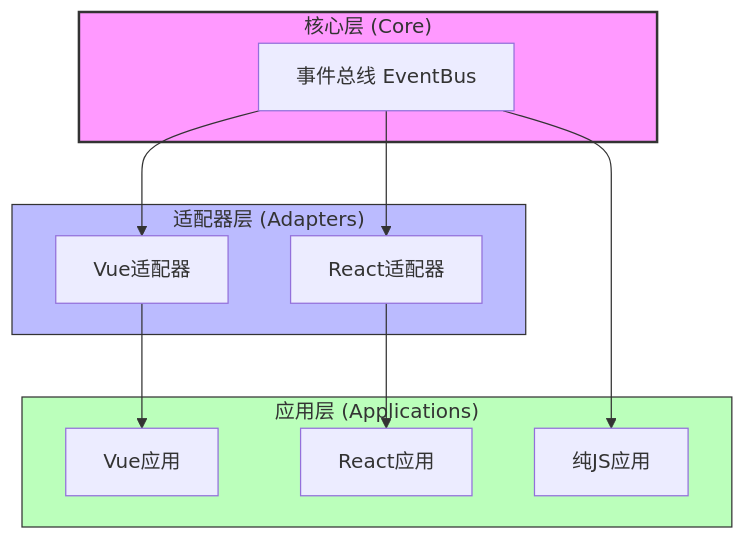
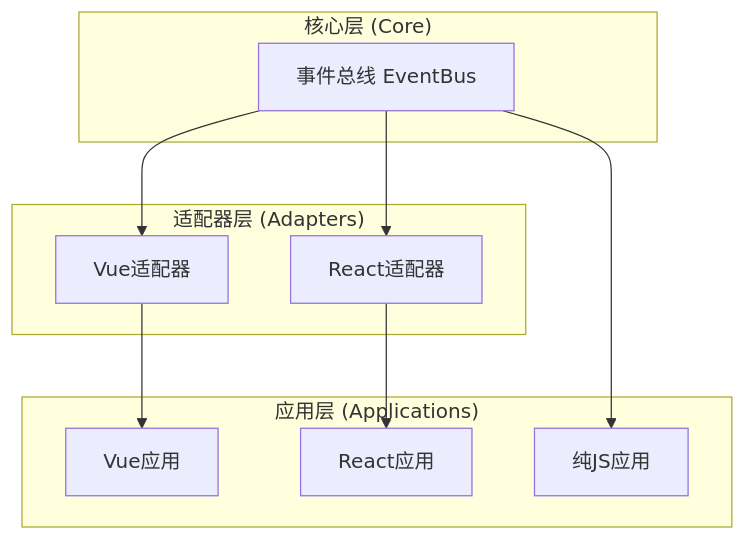
Before and after one commit to XcodeFish/Trame.js: the diagram in README.md, drawn with Mermaid. The commit also changed other lines of this file, not shown here.

````diff
--- a/README.md
+++ b/README.md
@@ -22,32 +201,24 @@
 ```mermaid
 flowchart TB
     subgraph core ["核心层 (Core)"]
         EB["事件总线 EventBus"]
     end
 
     subgraph adapters ["适配器层 (Adapters)"]
         VueAdapter["Vue适配器"]
         ReactAdapter["React适配器"]
     end
 
     subgraph apps ["应用层 (Applications)"]
         VueApp["Vue应用"]
         ReactApp["React应用"]
         JSApp["纯JS应用"]
     end
 
     EB --> VueAdapter
     EB --> ReactAdapter
     EB --> JSApp
 
     VueAdapter --> VueApp
     ReactAdapter --> ReactApp
-
-    classDef core fill:#f9f,stroke:#333,stroke-width:2px
-    classDef adapters fill:#bbf,stroke:#333,stroke-width:1px
-    classDef apps fill:#bfb,stroke:#333,stroke-width:1px
-
-    class core core
-    class adapters adapters
-    class apps apps
 ```
````
